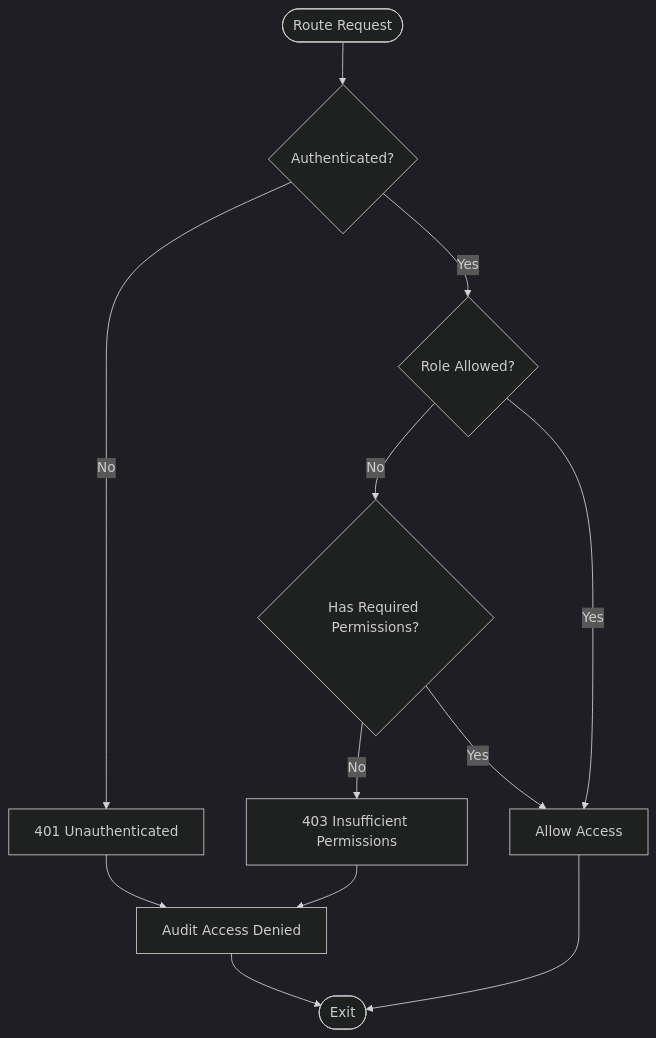
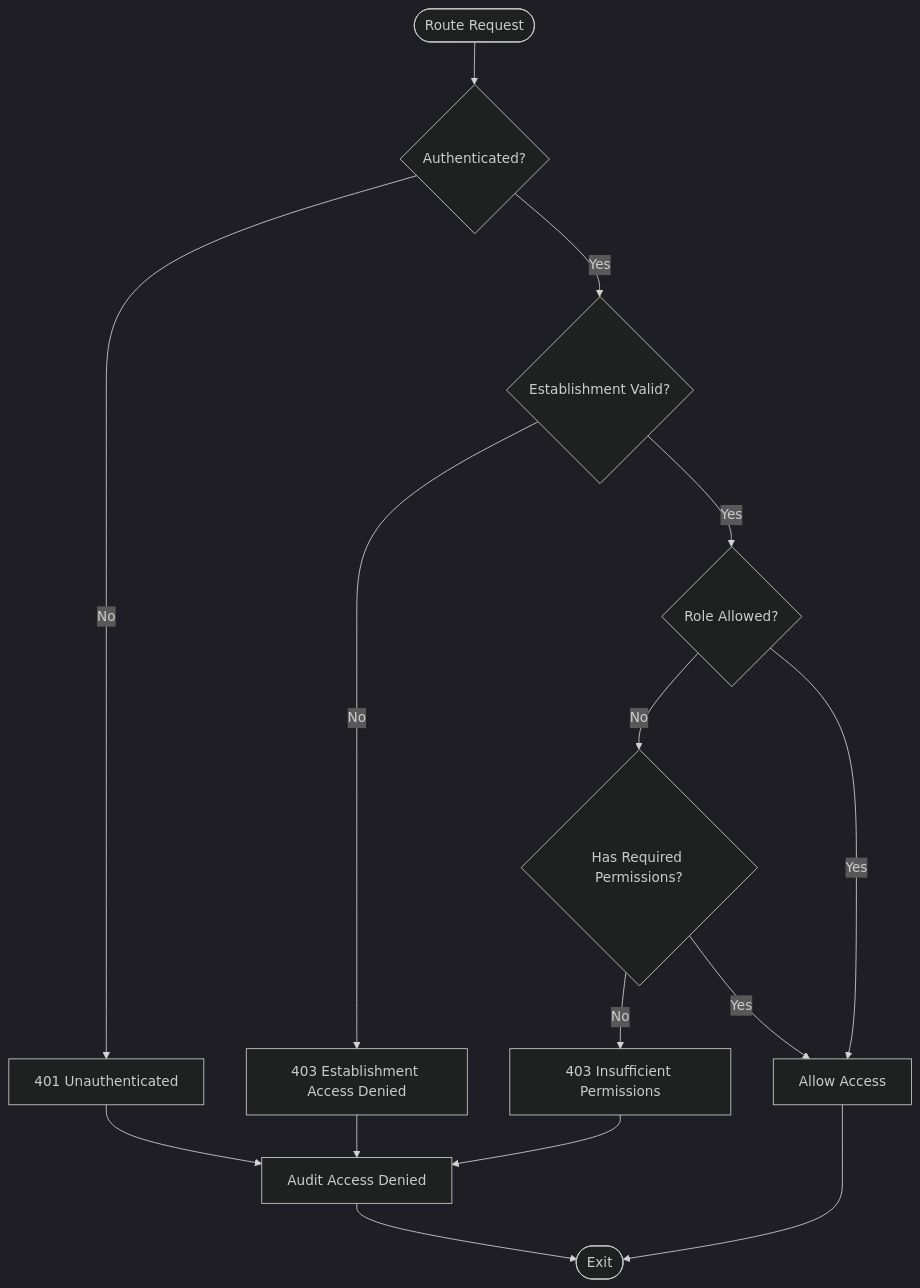
One commit to franckylab/eLISAschool changed the sixth of 9 diagrams in .qoder/repowiki/en/content/Modules & Features/Administrative Modules/Security & Governance/Security & Governance.md. Above: the diagram before and after it, drawn with Mermaid (dark theme). The commit also changed other lines of this file and 67 other files, not shown here.

````diff
--- a/.qoder/repowiki/en/content/Modules & Features/Administrative Modules/Security & Governance/Security & Governance.md
+++ b/.qoder/repowiki/en/content/Modules & Features/Administrative Modules/Security & Governance/Security & Governance.md
@@ -307,14 +400,17 @@
 ```mermaid
 flowchart TD
 Req(["Route Request"]) --> AuthCheck{"Authenticated?"}
 AuthCheck --> |No| DenyAuth["401 Unauthenticated"]
-AuthCheck --> |Yes| RoleCheck{"Role Allowed?"}
+AuthCheck --> |Yes| EstCheck{"Establishment Valid?"}
+EstCheck --> |No| DenyEst["403 Establishment Access Denied"]
+EstCheck --> |Yes| RoleCheck{"Role Allowed?"}
 RoleCheck --> |No| PermCheck{"Has Required Permissions?"}
 RoleCheck --> |Yes| Allow["Allow Access"]
 PermCheck --> |No| DenyPerm["403 Insufficient Permissions"]
 PermCheck --> |Yes| Allow
 DenyAuth --> Audit["Audit Access Denied"]
+DenyEst --> Audit
 DenyPerm --> Audit
 Audit --> End(["Exit"])
 Allow --> End
 ```
````
